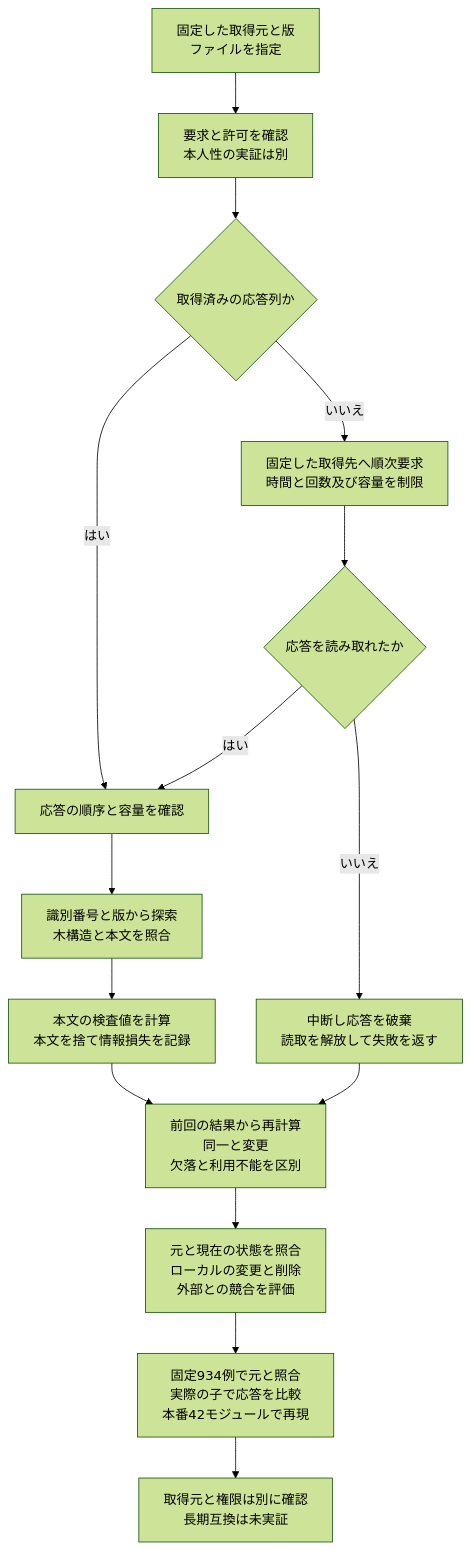
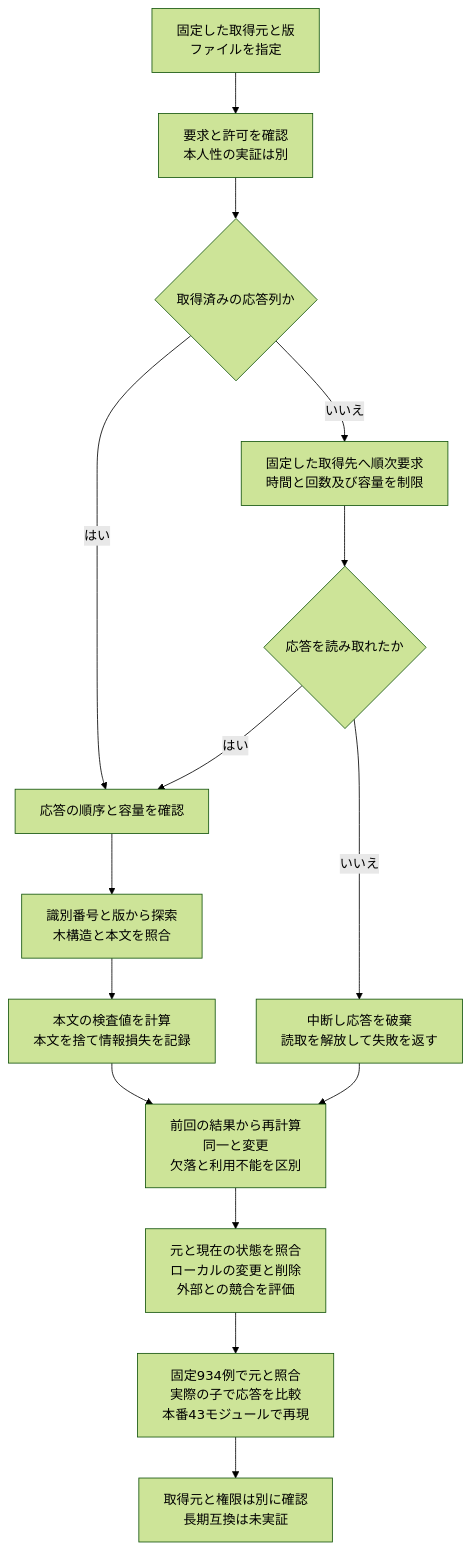
One commit to koukemo/morivyx changed the diagram in docs/diagrams/python-github-import.mmd. Above: the diagram before and after it, drawn with Mermaid (forest theme). The commit also changed 31 other files, not shown here.

```diff
--- a/docs/diagrams/python-github-import.mmd
+++ b/docs/diagrams/python-github-import.mmd
@@ -1,15 +1,15 @@
 flowchart TD
   A[固定した取得元と版<br/>ファイルを指定] --> B[要求と許可を確認<br/>本人性の実証は別]
   B --> C{取得済みの応答列か}
   C -->|はい| D[応答の順序と容量を確認]
   C -->|いいえ| E[固定した取得先へ順次要求<br/>時間と回数及び容量を制限]
   E --> F{応答を読み取れたか}
   F -->|はい| D
   F -->|いいえ| G[中断し応答を破棄<br/>読取を解放して失敗を返す]
   D --> H[識別番号と版から探索<br/>木構造と本文を照合]
   H --> I[本文の検査値を計算<br/>本文を捨て情報損失を記録]
   I --> J[前回の結果から再計算<br/>同一と変更<br/>欠落と利用不能を区別]
   G --> J
   J --> K[元と現在の状態を照合<br/>ローカルの変更と削除<br/>外部との競合を評価]
-  K --> L[固定934例で元と照合<br/>実際の子で応答を比較<br/>本番42モジュールで再現]
+  K --> L[固定934例で元と照合<br/>実際の子で応答を比較<br/>本番43モジュールで再現]
   L --> M[取得元と権限は別に確認<br/>長期互換は未実証]
```
